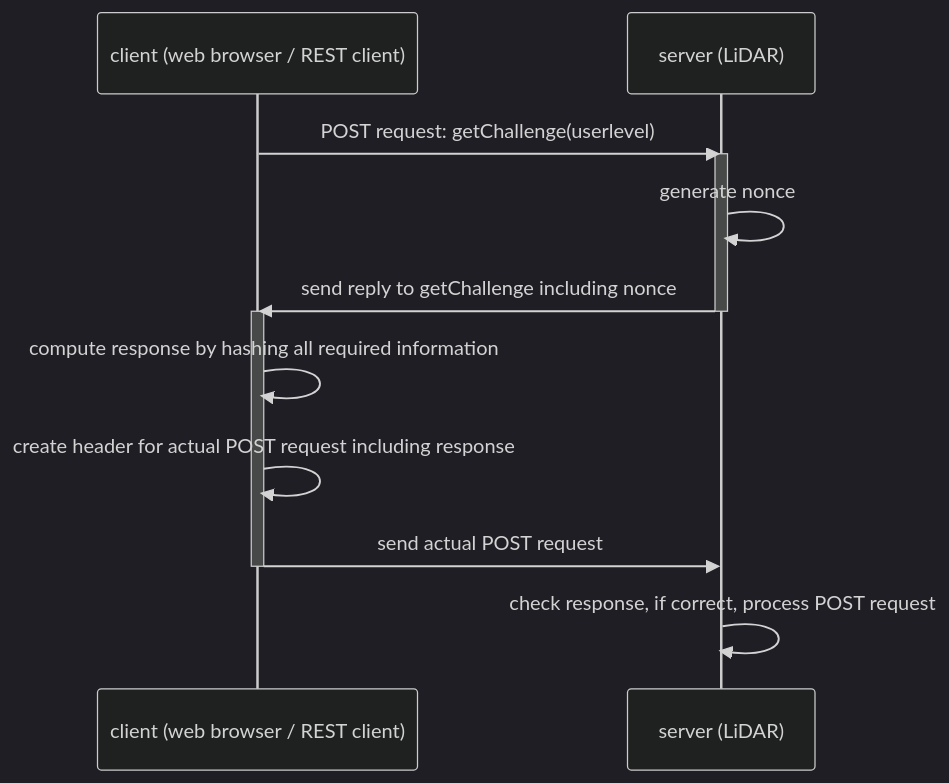
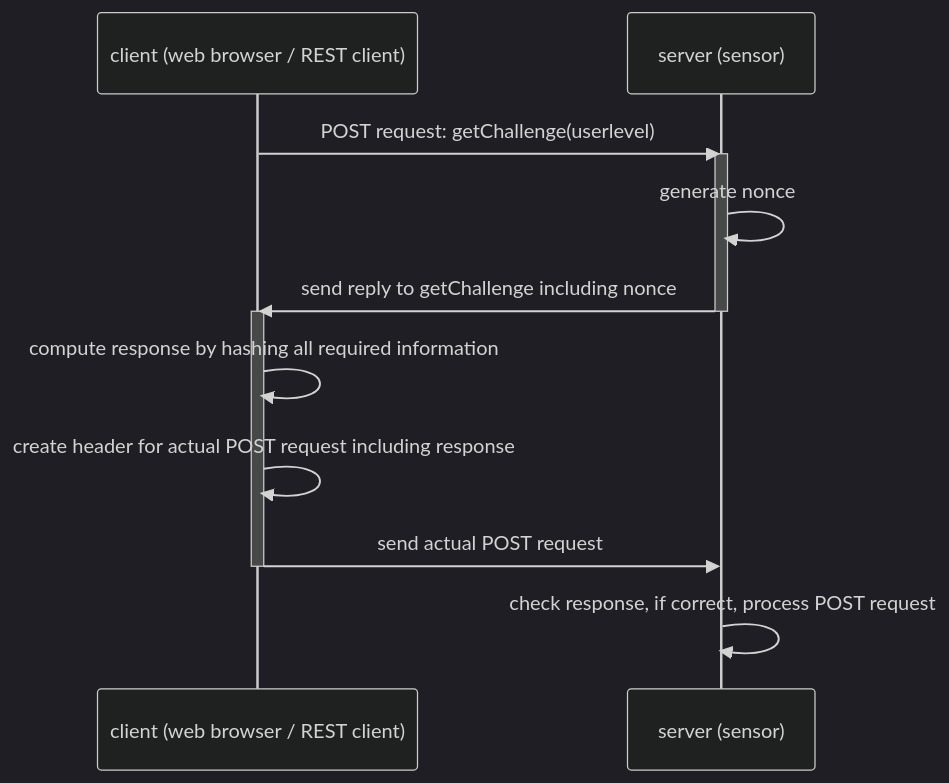
Before and after one commit to SICKAG/sick_scan_rest_client: the first of 3 diagrams in README.md, drawn with Mermaid (dark theme). The commit also changed other lines of this file and 10 other files, not shown here.

````diff
--- a/README.md
+++ b/README.md
@@ -29,16 +25,16 @@
 ```mermaid
 sequenceDiagram
     participant client as client (web browser / REST client)
-    participant lidar as server (LiDAR)
-    client->>lidar : POST request: getChallenge(userlevel)
-    activate lidar
-    lidar->>lidar: generate nonce
-    lidar->>client: send reply to getChallenge including nonce
-    deactivate lidar
+    participant sensor as server (sensor)
+    client->>sensor : POST request: getChallenge(userlevel)
+    activate sensor
+    sensor->>sensor: generate nonce
+    sensor->>client: send reply to getChallenge including nonce
+    deactivate sensor
     activate client
     client->>client: compute response by hashing all required information
     client->>client: create header for actual POST request including response
-    client->>lidar: send actual POST request
+    client->>sensor: send actual POST request
     deactivate client
-    lidar->>lidar: check response, if correct, process POST request
+    sensor->>sensor: check response, if correct, process POST request
 ```
````
